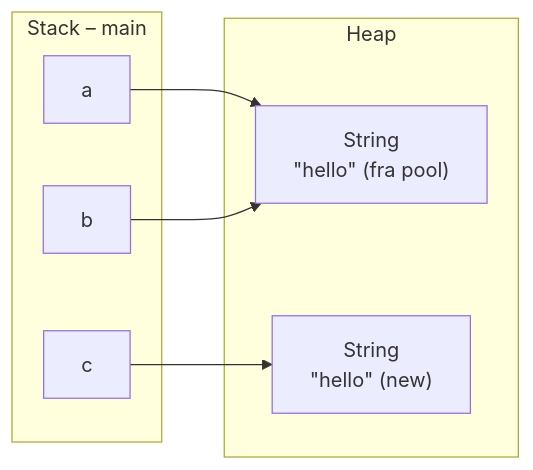
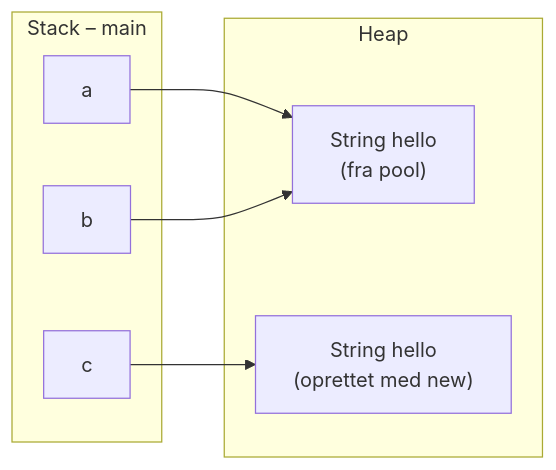
The seventh of 16 diagrams in 38/02_tir_2026-09-15/loesninger.md (CheMical/DAT-GBG-DA-E26AB), drawn with Mermaid before and after one commit.

Commit message:
Ret Mermaid-diagram i løsninger 15-09, som GitHub ikke kunne vise
Anførselstegn skrevet som &quot; i en node-label (opgave 4, string pool)
får GitHubs Mermaid-parser til at fejle. Labelen er nu uden anførselstegn.

Claude-Session: https://claude.ai/code/session_01RVwLPivW4hcq4TgYi26jsg

````diff
--- a/38/02_tir_2026-09-15/loesninger.md
+++ b/38/02_tir_2026-09-15/loesninger.md
@@ -257,15 +257,15 @@
 ```mermaid
 flowchart LR
     subgraph stack["Stack – main"]
         a["a"]
         b["b"]
         c["c"]
     end
     subgraph heap["Heap"]
-        S1["String<br/>&quot;hello&quot; (fra pool)"]
-        S2["String<br/>&quot;hello&quot; (new)"]
+        S1["String hello<br/>(fra pool)"]
+        S2["String hello<br/>(oprettet med new)"]
     end
     a --> S1
     b --> S1
     c --> S2
 ```
````
